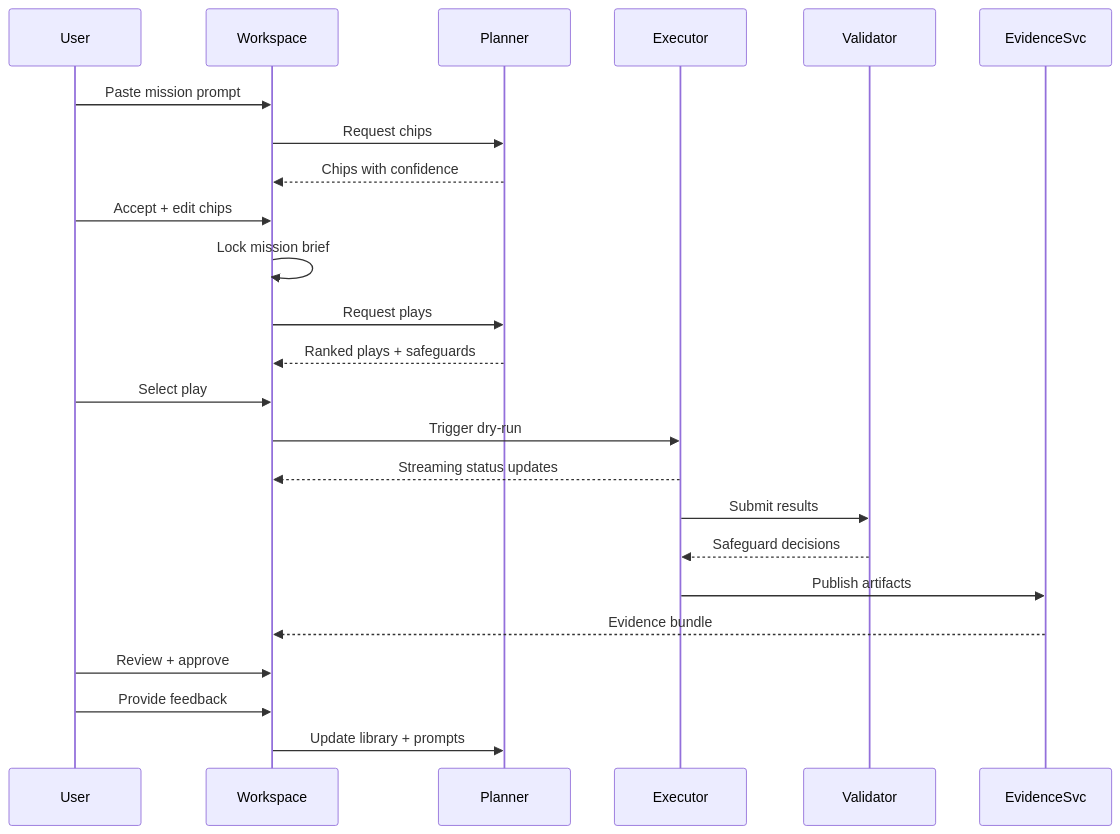
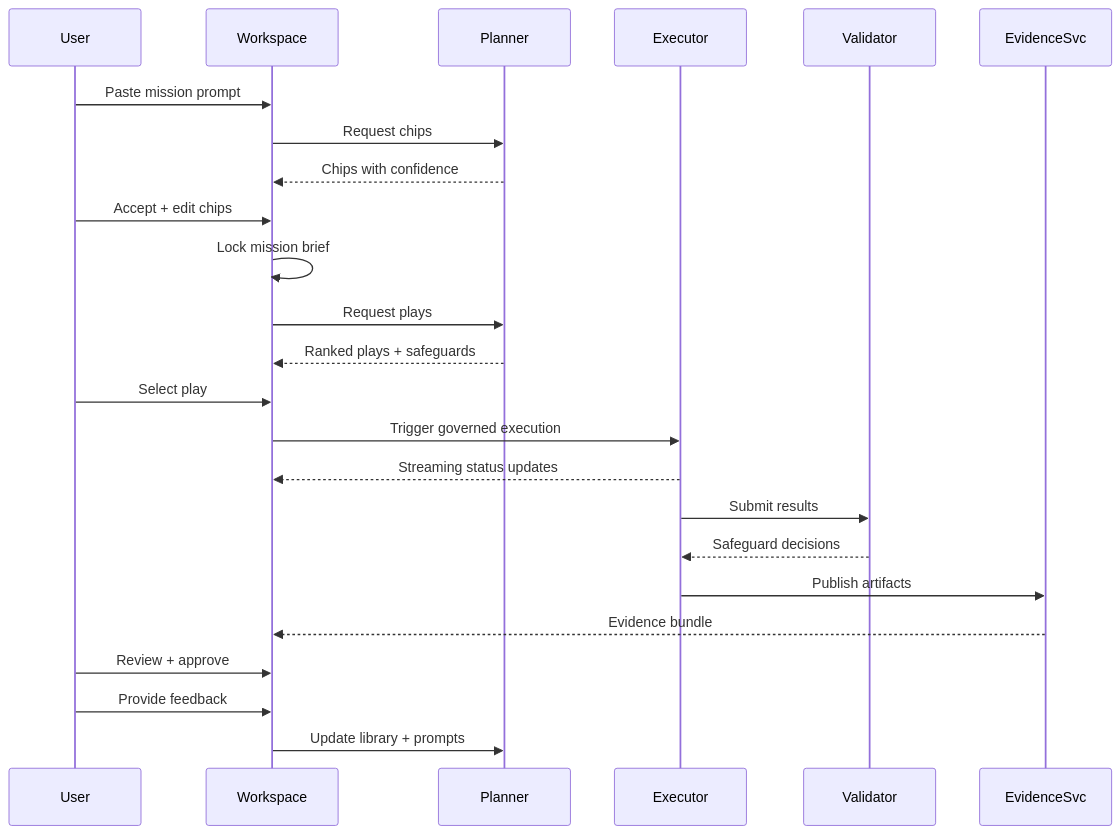
The diagram in docs/diagrams/eight_stage_journey.mmd (maxbaluev/ai_employee_0), drawn with Mermaid before and after one commit. The commit also changed 20 other files, not shown here.

````diff
--- a/docs/diagrams/eight_stage_journey.mmd
+++ b/docs/diagrams/eight_stage_journey.mmd
@@ -1,27 +1,27 @@
 ```mermaid
 sequenceDiagram
   participant User
   participant Workspace
   participant Planner
   participant Executor
   participant Validator
   participant EvidenceSvc
 
   User->>Workspace: Paste mission prompt
   Workspace->>Planner: Request chips
   Planner-->>Workspace: Chips with confidence
   User->>Workspace: Accept + edit chips
   Workspace->>Workspace: Lock mission brief
   Workspace->>Planner: Request plays
   Planner-->>Workspace: Ranked plays + safeguards
   User->>Workspace: Select play
-  Workspace->>Executor: Trigger dry-run
+  Workspace->>Executor: Trigger governed execution
   Executor-->>Workspace: Streaming status updates
   Executor->>Validator: Submit results
   Validator-->>Executor: Safeguard decisions
   Executor->>EvidenceSvc: Publish artifacts
   EvidenceSvc-->>Workspace: Evidence bundle
   User->>Workspace: Review + approve
   User->>Workspace: Provide feedback
   Workspace->>Planner: Update library + prompts
 ```
````
